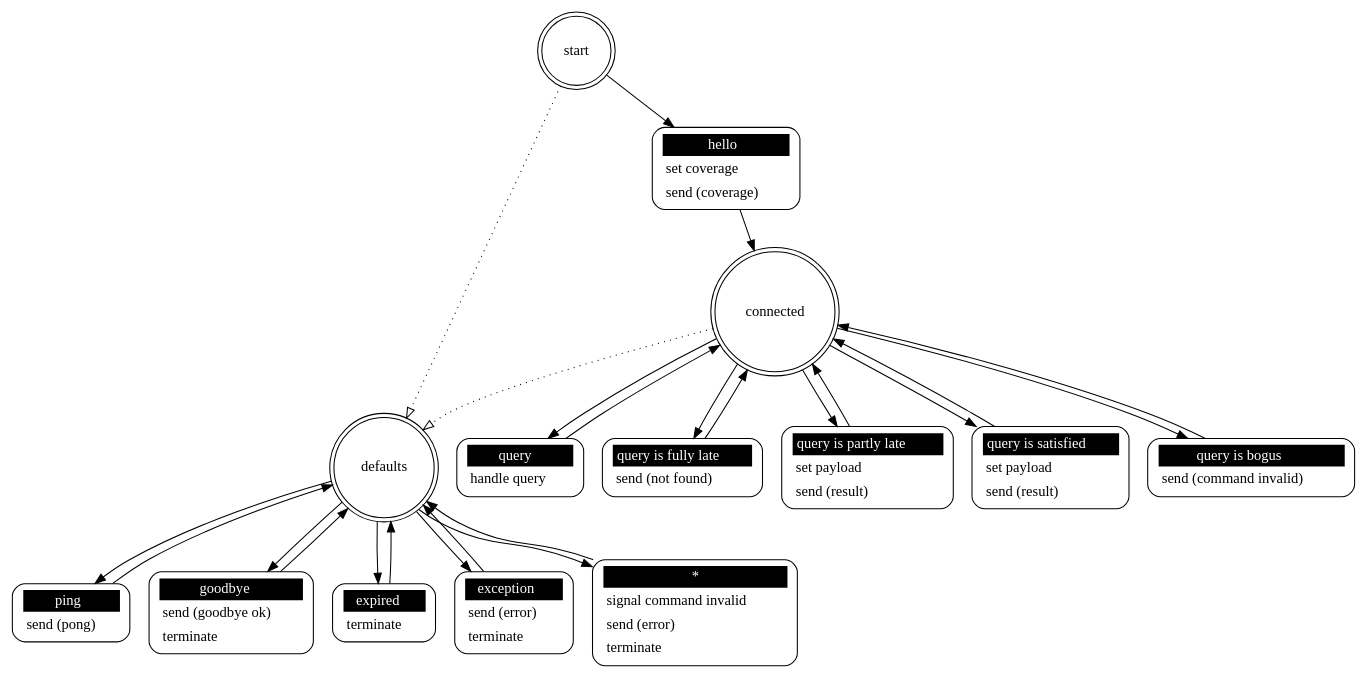
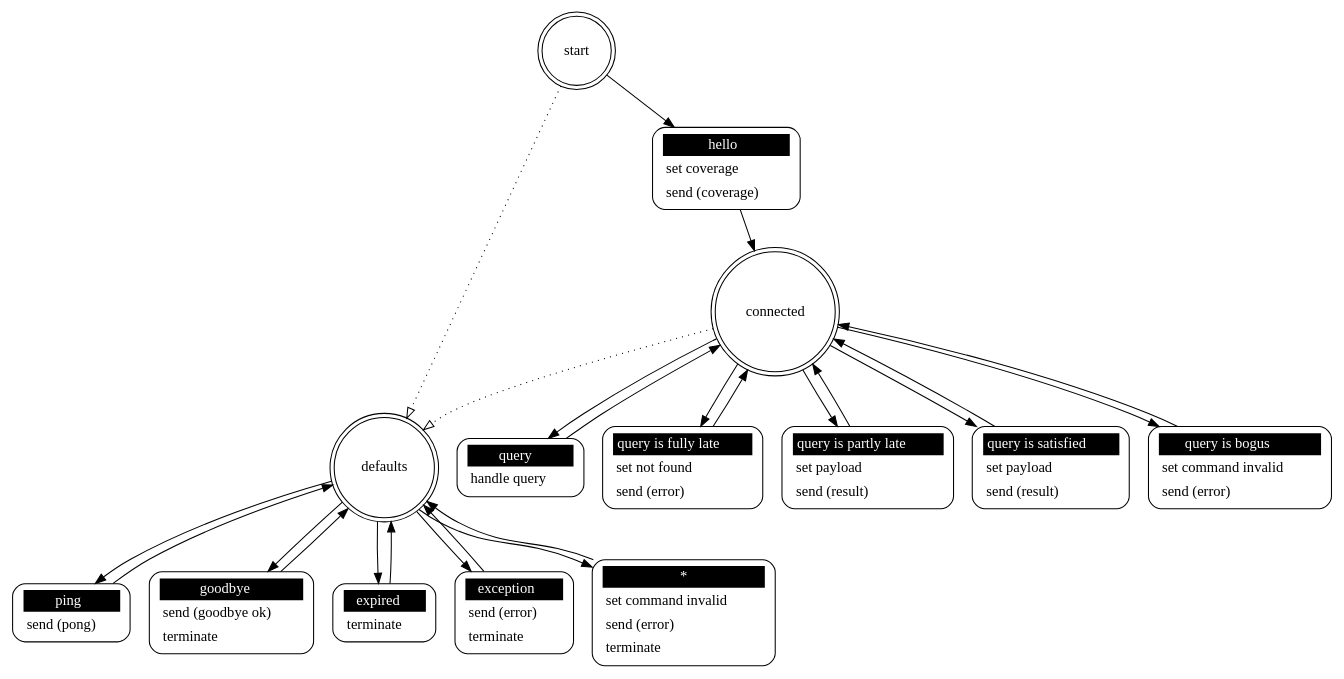
One commit to brettviren/tpquery changed the diagram in src/tpq_server.dot. Above: the diagram before and after it, drawn with Graphviz. The commit also changed 8 other files, not shown here.

```diff
--- a/src/tpq_server.dot
+++ b/src/tpq_server.dot
@@ -1,44 +1,44 @@
 ## Automatically generated from tpq_server.xml by gsl
 digraph "tpq_server" {
  "start" -> "defaults" [style=dotted,arrowhead=empty]
  "connected" -> "defaults" [style=dotted,arrowhead=empty]
 
  "start" [shape = "doublecircle"];
  "start hello" [shape = "Mrecord" style = solid label = <<table border="0" cellborder="0" cellpadding="3" bgcolor="white"><tr><td bgcolor="black" align="center" colspan="2"><font color="white">hello</font></td></tr><tr><td align="left" port="r3">set coverage</td></tr><tr><td align="left" port="r3">send (coverage)</td></tr></table>>];
  "start" -> "start hello";
  "start hello" -> "connected";
 
  "connected" [shape = "doublecircle"];
  "connected query" [shape = "Mrecord" style = solid label = <<table border="0" cellborder="0" cellpadding="3" bgcolor="white"><tr><td bgcolor="black" align="center" colspan="2"><font color="white">query</font></td></tr><tr><td align="left" port="r3">handle query</td></tr></table>>];
  "connected" -> "connected query";
  "connected query" -> "connected";
- "connected query is fully late" [shape = "Mrecord" style = solid label = <<table border="0" cellborder="0" cellpadding="3" bgcolor="white"><tr><td bgcolor="black" align="center" colspan="2"><font color="white">query is fully late</font></td></tr><tr><td align="left" port="r3">send (not found)</td></tr></table>>];
+ "connected query is fully late" [shape = "Mrecord" style = solid label = <<table border="0" cellborder="0" cellpadding="3" bgcolor="white"><tr><td bgcolor="black" align="center" colspan="2"><font color="white">query is fully late</font></td></tr><tr><td align="left" port="r3">set not found</td></tr><tr><td align="left" port="r3">send (error)</td></tr></table>>];
  "connected" -> "connected query is fully late";
  "connected query is fully late" -> "connected";
  "connected query is partly late" [shape = "Mrecord" style = solid label = <<table border="0" cellborder="0" cellpadding="3" bgcolor="white"><tr><td bgcolor="black" align="center" colspan="2"><font color="white">query is partly late</font></td></tr><tr><td align="left" port="r3">set payload</td></tr><tr><td align="left" port="r3">send (result)</td></tr></table>>];
  "connected" -> "connected query is partly late";
  "connected query is partly late" -> "connected";
  "connected query is satisfied" [shape = "Mrecord" style = solid label = <<table border="0" cellborder="0" cellpadding="3" bgcolor="white"><tr><td bgcolor="black" align="center" colspan="2"><font color="white">query is satisfied</font></td></tr><tr><td align="left" port="r3">set payload</td></tr><tr><td align="left" port="r3">send (result)</td></tr></table>>];
  "connected" -> "connected query is satisfied";
  "connected query is satisfied" -> "connected";
- "connected query is bogus" [shape = "Mrecord" style = solid label = <<table border="0" cellborder="0" cellpadding="3" bgcolor="white"><tr><td bgcolor="black" align="center" colspan="2"><font color="white">query is bogus</font></td></tr><tr><td align="left" port="r3">send (command invalid)</td></tr></table>>];
+ "connected query is bogus" [shape = "Mrecord" style = solid label = <<table border="0" cellborder="0" cellpadding="3" bgcolor="white"><tr><td bgcolor="black" align="center" colspan="2"><font color="white">query is bogus</font></td></tr><tr><td align="left" port="r3">set command invalid</td></tr><tr><td align="left" port="r3">send (error)</td></tr></table>>];
  "connected" -> "connected query is bogus";
  "connected query is bogus" -> "connected";
 
  "defaults" [shape = "doublecircle"];
  "defaults ping" [shape = "Mrecord" style = solid label = <<table border="0" cellborder="0" cellpadding="3" bgcolor="white"><tr><td bgcolor="black" align="center" colspan="2"><font color="white">ping</font></td></tr><tr><td align="left" port="r3">send (pong)</td></tr></table>>];
  "defaults" -> "defaults ping";
  "defaults ping" -> "defaults";
  "defaults goodbye" [shape = "Mrecord" style = solid label = <<table border="0" cellborder="0" cellpadding="3" bgcolor="white"><tr><td bgcolor="black" align="center" colspan="2"><font color="white">goodbye</font></td></tr><tr><td align="left" port="r3">send (goodbye ok)</td></tr><tr><td align="left" port="r3">terminate</td></tr></table>>];
  "defaults" -> "defaults goodbye";
  "defaults goodbye" -> "defaults";
  "defaults expired" [shape = "Mrecord" style = solid label = <<table border="0" cellborder="0" cellpadding="3" bgcolor="white"><tr><td bgcolor="black" align="center" colspan="2"><font color="white">expired</font></td></tr><tr><td align="left" port="r3">terminate</td></tr></table>>];
  "defaults" -> "defaults expired";
  "defaults expired" -> "defaults";
  "defaults exception" [shape = "Mrecord" style = solid label = <<table border="0" cellborder="0" cellpadding="3" bgcolor="white"><tr><td bgcolor="black" align="center" colspan="2"><font color="white">exception</font></td></tr><tr><td align="left" port="r3">send (error)</td></tr><tr><td align="left" port="r3">terminate</td></tr></table>>];
  "defaults" -> "defaults exception";
  "defaults exception" -> "defaults";
- "defaults *" [shape = "Mrecord" style = solid label = <<table border="0" cellborder="0" cellpadding="3" bgcolor="white"><tr><td bgcolor="black" align="center" colspan="2"><font color="white">*</font></td></tr><tr><td align="left" port="r3">signal command invalid</td></tr><tr><td align="left" port="r3">send (error)</td></tr><tr><td align="left" port="r3">terminate</td></tr></table>>];
+ "defaults *" [shape = "Mrecord" style = solid label = <<table border="0" cellborder="0" cellpadding="3" bgcolor="white"><tr><td bgcolor="black" align="center" colspan="2"><font color="white">*</font></td></tr><tr><td align="left" port="r3">set command invalid</td></tr><tr><td align="left" port="r3">send (error)</td></tr><tr><td align="left" port="r3">terminate</td></tr></table>>];
  "defaults" -> "defaults *";
  "defaults *" -> "defaults";
 }
```
